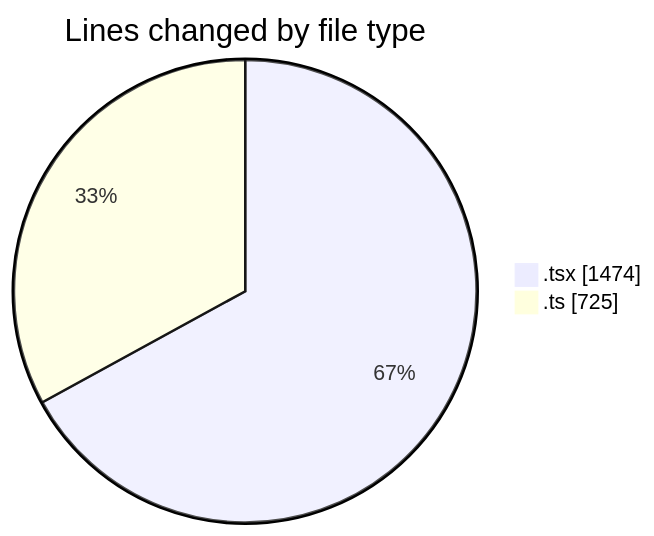
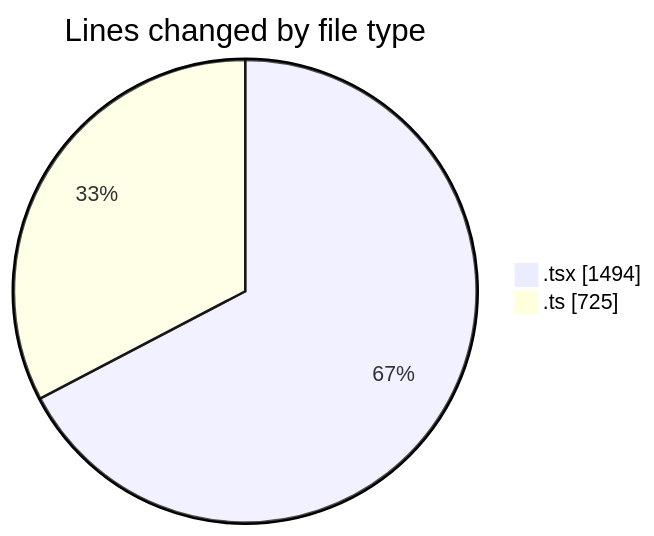
Before and after one commit to nxtqubesakshisongat/code-tracking: the first of 2 diagrams in 2026-02-18/nxtqube_webapp/README.md, drawn with Mermaid. The commit also changed other lines of this file and 1 other file, not shown here.

````diff
--- a/2026-02-18/nxtqube_webapp/README.md
+++ b/2026-02-18/nxtqube_webapp/README.md
@@ -25,6 +25,6 @@
 ```mermaid
 pie showData
 title Lines changed by file type
-".tsx" : 1474
+".tsx" : 1494
 ".ts" : 725
 ```
````
